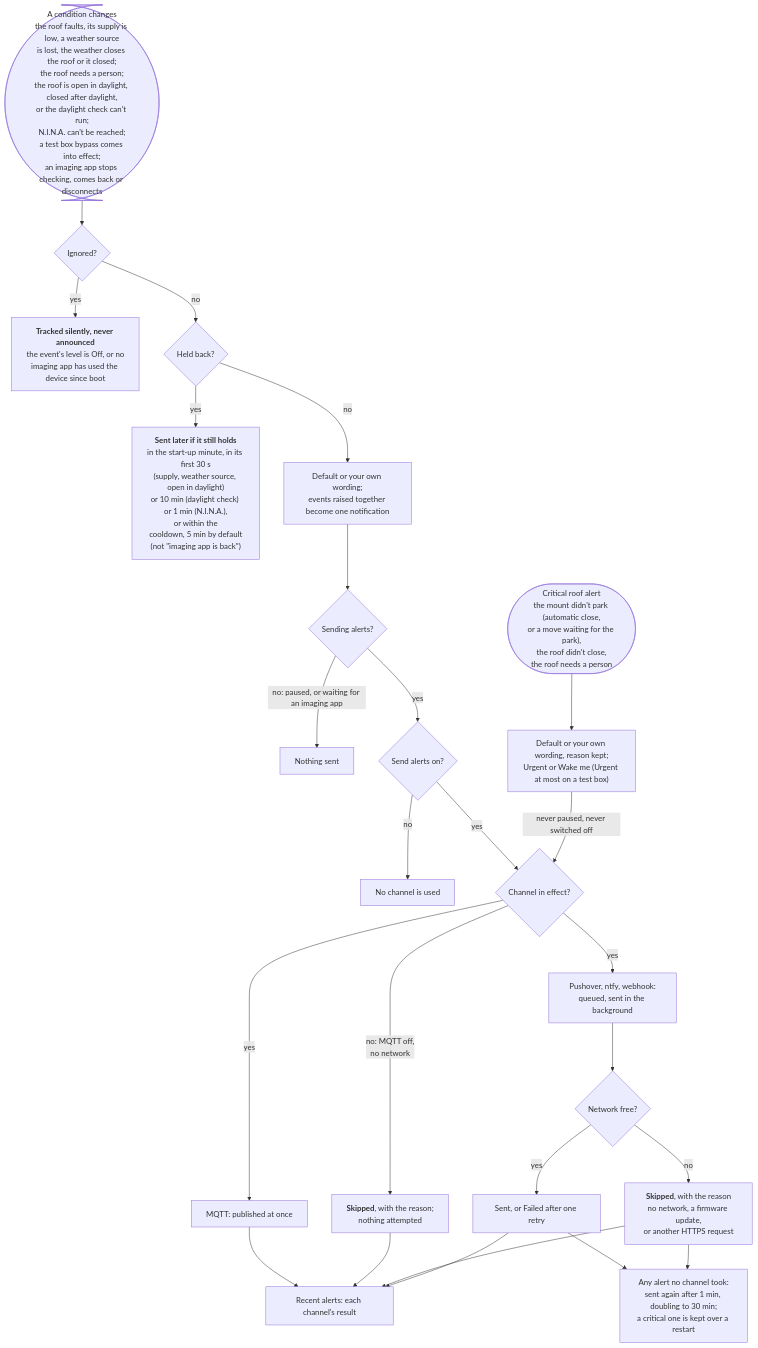
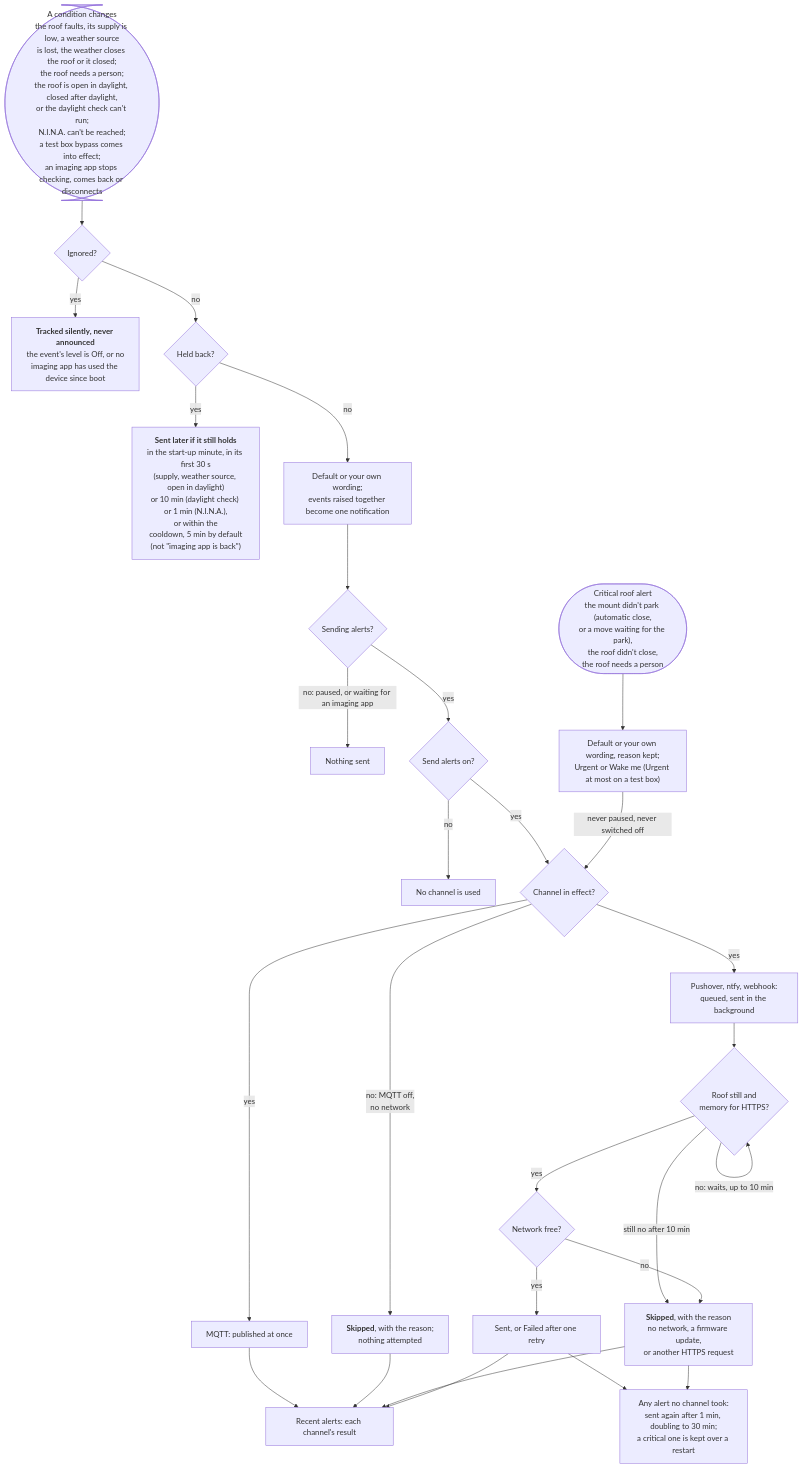
The diagram in docs/user-guide/alerts.md (DeanJ87/RoofRoof), drawn with Mermaid before and after one commit. The commit also changed other lines of this file and 27 other files, not shown here.

````diff
--- a/docs/user-guide/alerts.md
+++ b/docs/user-guide/alerts.md
@@ -24,29 +24,32 @@
 ```mermaid
 flowchart TB
     accTitle: Why an alert does or doesn't arrive
-    accDescr: Each second the device compares the roof and the imaging app with what you were last told. A change can be tracked silently, held back for now, or dropped by its level; otherwise it is worded and, if alerts are on and not paused, sent to every enabled channel, with each channel's result recorded. A critical roof alert skips the pause and the master switch. Every alert that no channel took is queued and sent again with a growing gap until one does, a newer one of the same event replaces it or its condition has ended; a critical one is also kept across a restart.
+    accDescr: Each second the device compares the roof and the imaging app with what you were last told. A change can be tracked silently, held back for now, or dropped by its level; otherwise it is worded and, if alerts are on and not paused, sent to every enabled channel, with each channel's result recorded; the internet channels wait while the roof moves or memory is short. A critical roof alert skips the pause and the master switch. Every alert that no channel took is queued and sent again with a growing gap until one does, a newer one of the same event replaces it or its condition has ended; a critical one is also kept across a restart.
     CHANGE(["A condition changes<br/>the roof faults, its supply is low, a weather source<br/>is lost, the weather closes the roof or it closed;<br/>the roof needs a person;<br/>the roof is open in daylight, closed after daylight,<br/>or the daylight check can't run;<br/>N.I.N.A. can't be reached;<br/>a test box bypass comes into effect;<br/>an imaging app stops checking, comes back or disconnects"]) --> SILENT{"Ignored?"}
     SILENT -->|yes| TRACKED["<b>Tracked silently, never announced</b><br/>the event's level is Off, or no<br/>imaging app has used the device since boot"]
     SILENT -->|no| HELD{"Held back?"}
     HELD -->|yes| LATER["<b>Sent later if it still holds</b><br/>in the start-up minute, in its first 30 s<br/>(supply, weather source, open in daylight)<br/>or 10 min (daylight check) or 1 min (N.I.N.A.),<br/>or within the<br/>cooldown, 5 min by default<br/>(not &quot;imaging app is back&quot;)"]
     HELD -->|no| WORDING["Default or your own wording;<br/>events raised together become one notification"]
     WORDING --> ON{"Sending alerts?"}
     ON -->|"no: paused, or waiting for an imaging app"| NOTHING["Nothing sent"]
     ON -->|yes| MASTER{"Send alerts on?"}
     MASTER -->|no| NOPUSH["No channel is used"]
     MASTER -->|yes| INEFFECT{"Channel in effect?"}
     CRITICAL(["Critical roof alert<br/>the mount didn't park (automatic close,<br/>or a move waiting for the park),<br/>the roof didn't close,<br/>the roof needs a person"]) --> CWORDING["Default or your own wording, reason kept;<br/>Urgent or Wake me (Urgent at most on a test box)"]
     CWORDING -->|"never paused, never switched off"| INEFFECT
     SENT --> AGAIN["Any alert no channel took:<br/>sent again after 1 min, doubling to 30 min;<br/>a critical one is kept over a restart"]
     INEFFECT -->|"no: MQTT off,<br/>no network"| INACTIVE["<b>Skipped</b>, with the reason;<br/>nothing attempted"]
     INEFFECT -->|yes| MQTT["MQTT: published at once"]
     INEFFECT -->|yes| HTTP["Pushover, ntfy, webhook:<br/>queued, sent in the background"]
-    HTTP --> CANSEND{"Network free?"}
+    HTTP --> WAIT{"Roof still and<br/>memory for HTTPS?"}
+    WAIT -->|"no: waits, up to 10 min"| WAIT
+    WAIT -->|"still no after 10 min"| SKIPPED
+    WAIT -->|yes| CANSEND{"Network free?"}
     CANSEND -->|no| SKIPPED["<b>Skipped</b>, with the reason<br/>no network, a firmware update,<br/>or another HTTPS request"]
     CANSEND -->|yes| SENT["Sent, or Failed after one retry"]
     SKIPPED --> AGAIN
     MQTT --> RECENT["Recent alerts: each channel's result"]
     INACTIVE --> RECENT
     SKIPPED --> RECENT
     SENT --> RECENT
 ```
````
